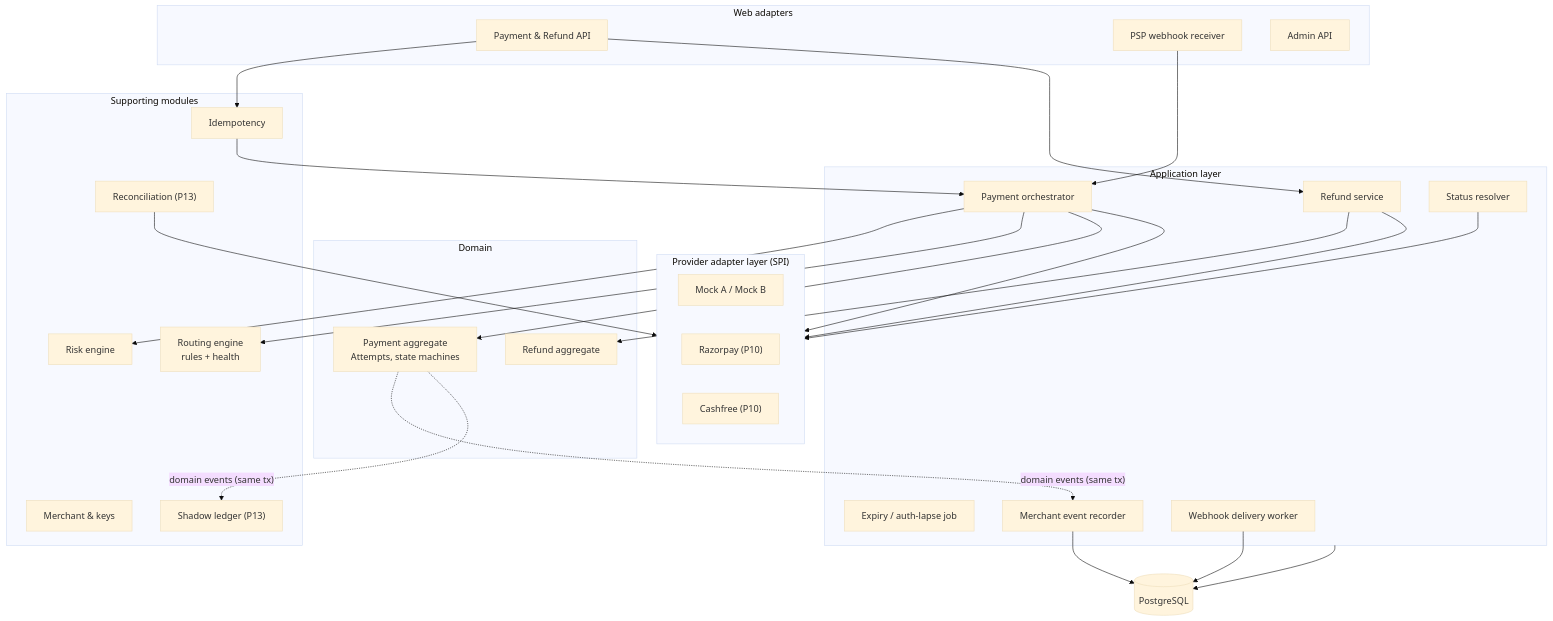
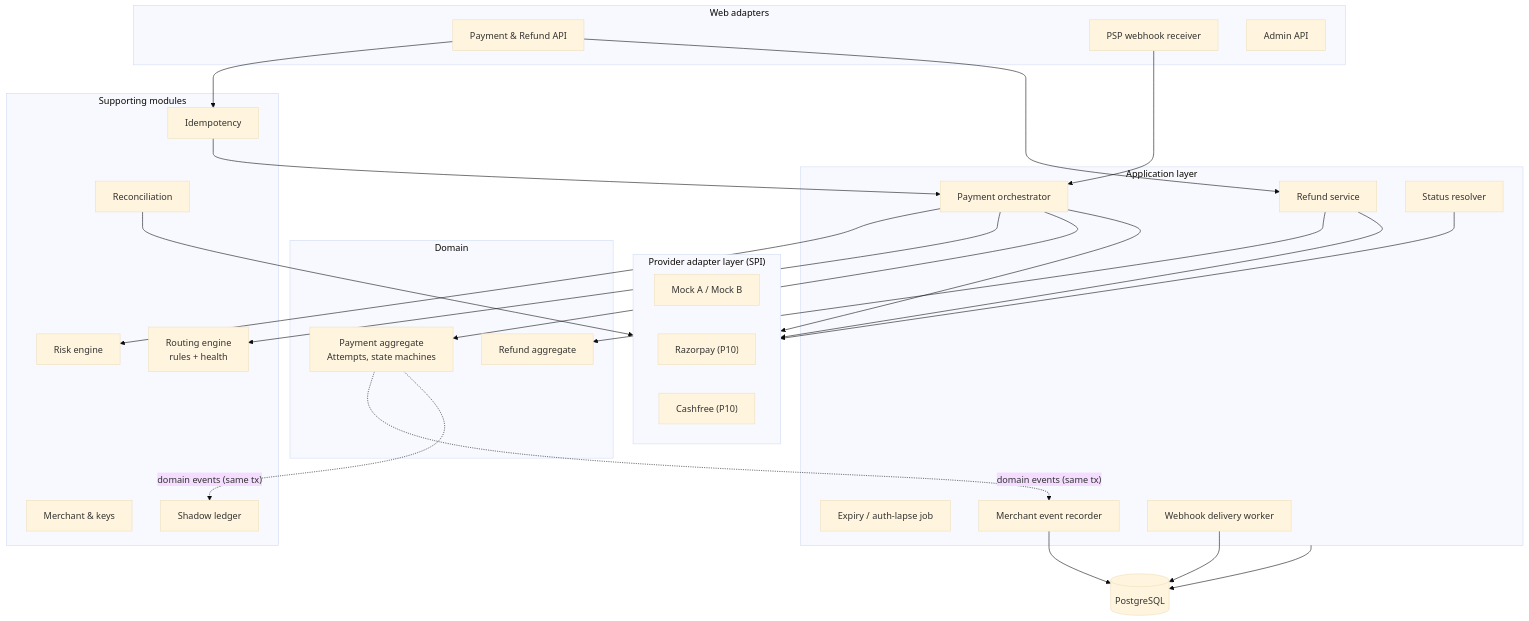
Before and after one commit to Deepika-1201/Payment-Orchestrator: the second of 12 diagrams in docs/architecture.md, drawn with Mermaid (base theme). The commit also changed other lines of this file and 36 other files, not shown here.

First line of the commit message:
Phase 13: shadow double-entry ledger and PSP settlement reconciliation

````diff
--- a/docs/architecture.md
+++ b/docs/architecture.md
@@ -58,51 +58,51 @@
 ```mermaid
 flowchart TB
     subgraph web["Web adapters"]
         PaymentAPI["Payment & Refund API"]
         WebhookIn["PSP webhook receiver"]
         AdminAPI["Admin API"]
     end
     subgraph app["Application layer"]
         Orchestrator["Payment orchestrator"]
         RefundSvc["Refund service"]
         Resolver["Status resolver"]
         Expiry["Expiry / auth-lapse job"]
         EventRec["Merchant event recorder"]
         Delivery["Webhook delivery worker"]
     end
     subgraph domain["Domain"]
         Payment["Payment aggregate<br/>Attempts, state machines"]
         Refund["Refund aggregate"]
     end
     subgraph support["Supporting modules"]
         Idem["Idempotency"]
         Risk["Risk engine"]
         Routing["Routing engine<br/>rules + health"]
         Merchant["Merchant & keys"]
-        Ledger["Shadow ledger (P13)"]
-        Recon["Reconciliation (P13)"]
+        Ledger["Shadow ledger"]
+        Recon["Reconciliation"]
     end
     subgraph providers["Provider adapter layer (SPI)"]
         Mock["Mock A / Mock B"]
         Razorpay["Razorpay (P10)"]
         Cashfree["Cashfree (P10)"]
     end
     DB[("PostgreSQL")]
 
     PaymentAPI --> Idem --> Orchestrator
     PaymentAPI --> RefundSvc
     WebhookIn --> Orchestrator
     Orchestrator --> Risk
     Orchestrator --> Routing
     Orchestrator --> Payment
     RefundSvc --> Refund
     Orchestrator --> providers
     RefundSvc --> providers
     Resolver --> providers
     Payment -. "domain events (same tx)" .-> EventRec
     Payment -. "domain events (same tx)" .-> Ledger
     EventRec --> DB
     Delivery --> DB
     app --> DB
     Recon --> providers
 ```
````
